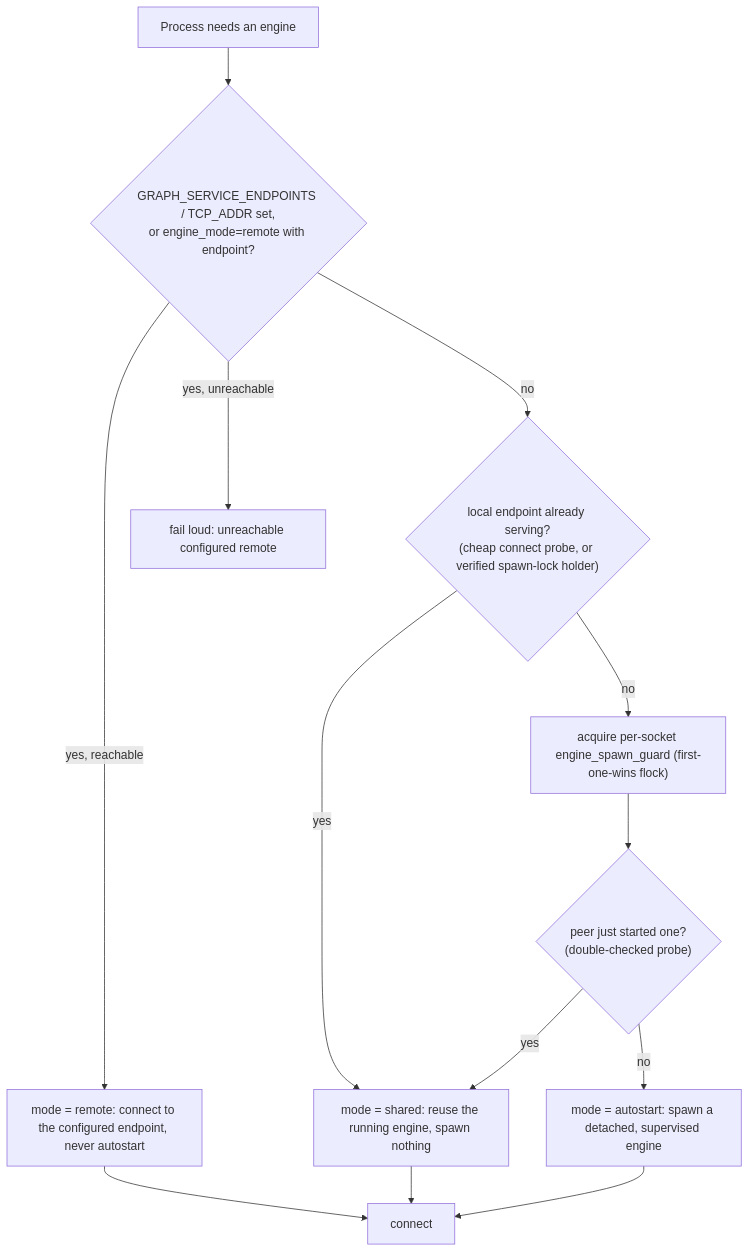
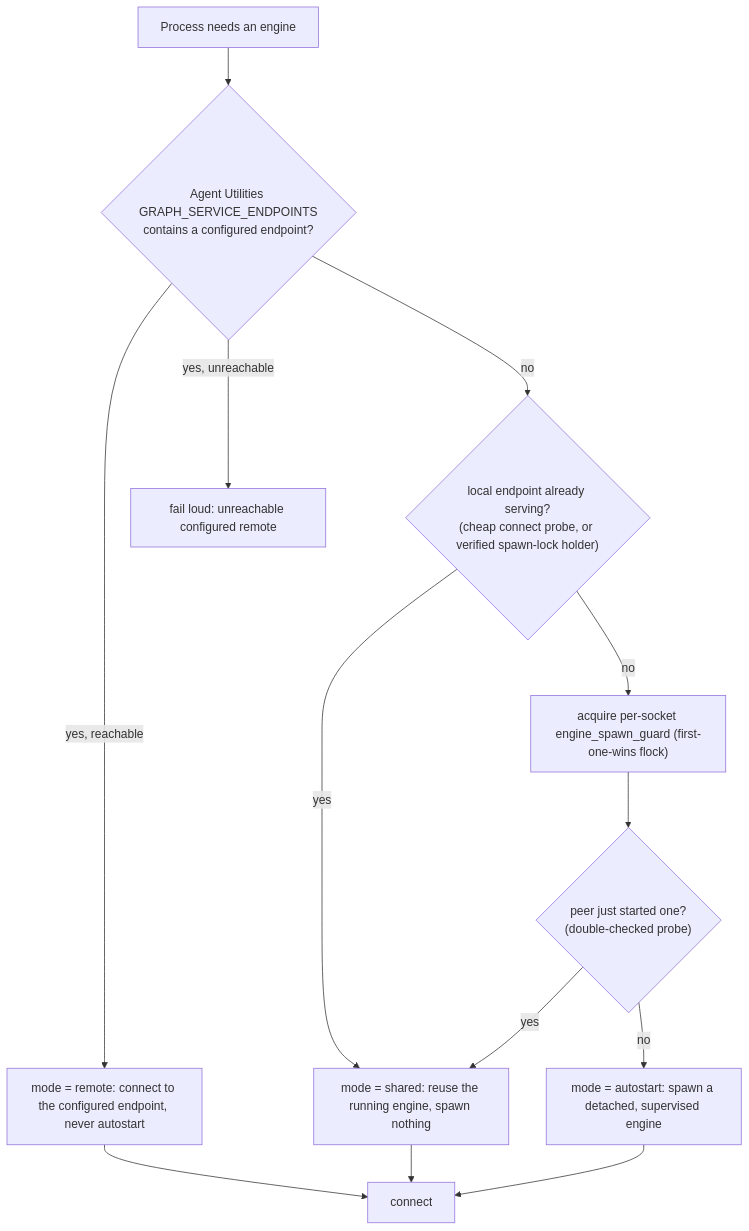
One commit to Knuckles-Team/epistemic-graph changed the first of 2 diagrams in docs/engine_modes.md. Above: the diagram before and after it, drawn with Mermaid. The commit also changed other lines of this file and 857 other files, not shown here.

First line of the commit message:
feat(eg): assimilate advanced epistemic-graph 2.23.1

````diff
--- a/docs/engine_modes.md
+++ b/docs/engine_modes.md
@@ -19,22 +19,22 @@
 ```mermaid
 flowchart TB
     START["Process needs an engine"]
-    REMOTE{"GRAPH_SERVICE_ENDPOINTS / TCP_ADDR set,<br/>or engine_mode=remote with endpoint?"}
+    REMOTE{"Agent Utilities GRAPH_SERVICE_ENDPOINTS<br/>contains a configured endpoint?"}
     USEREMOTE["mode = remote: connect to the configured endpoint, never autostart"]
     PROBE{"local endpoint already serving?<br/>(cheap connect probe, or verified spawn-lock holder)"}
     SHARE["mode = shared: reuse the running engine, spawn nothing"]
     LOCK["acquire per-socket engine_spawn_guard (first-one-wins flock)"]
     RECHECK{"peer just started one?<br/>(double-checked probe)"}
     SPAWN["mode = autostart: spawn a detached, supervised engine"]
     CONNECT["connect"]
     FAILLOUD["fail loud: unreachable configured remote"]
 
     START --> REMOTE
     REMOTE -->|yes, reachable| USEREMOTE --> CONNECT
     REMOTE -->|yes, unreachable| FAILLOUD
     REMOTE -->|no| PROBE
     PROBE -->|yes| SHARE --> CONNECT
     PROBE -->|no| LOCK --> RECHECK
     RECHECK -->|yes| SHARE
     RECHECK -->|no| SPAWN --> CONNECT
 ```
````
